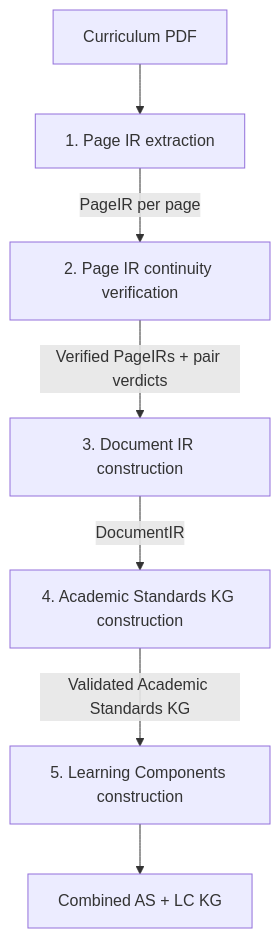
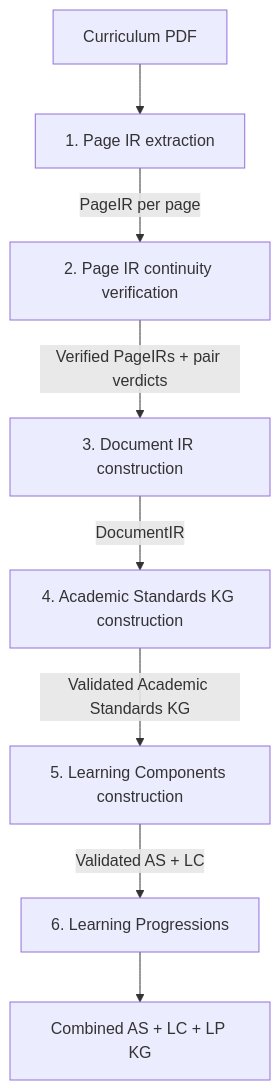
One commit to IDinsight/KGForEdGlobal changed the first of 2 diagrams in docs/pipeline/index.md. Above: the diagram before and after it, drawn with Mermaid. The commit also changed other lines of this file and 146 other files, not shown here.

First line of the commit message:
feat(lp): add learning progressions generation, tests, docs, and evaluation (#33)

````diff
--- a/docs/pipeline/index.md
+++ b/docs/pipeline/index.md
@@ -18,9 +18,10 @@
 ```mermaid
 flowchart TD
     A[Curriculum PDF] --> B[1. Page IR extraction]
     B -->|PageIR per page| C[2. Page IR continuity verification]
     C -->|Verified PageIRs + pair verdicts| D[3. Document IR construction]
     D -->|DocumentIR| E[4. Academic Standards KG construction]
     E -->|Validated Academic Standards KG| F[5. Learning Components construction]
-    F --> G[Combined AS + LC KG]
+    F -->|Validated AS + LC| G[6. Learning Progressions]
+    G --> H[Combined AS + LC + LP KG]
 ```
````
